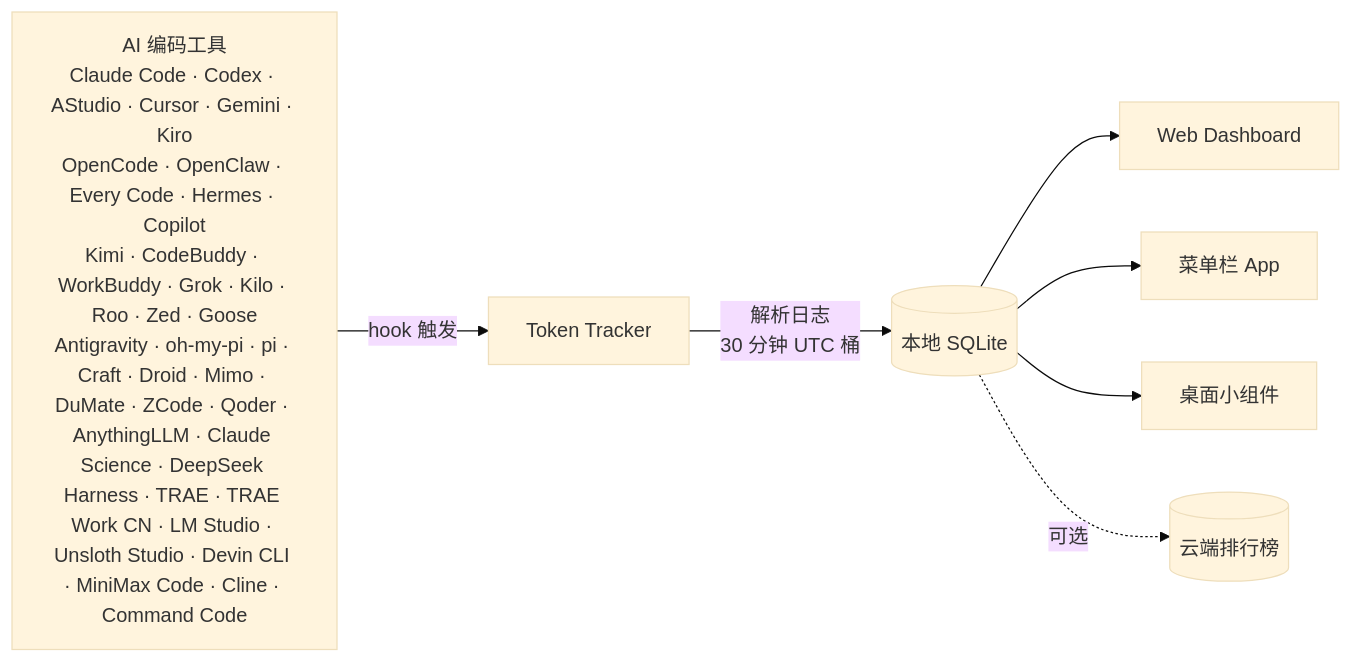
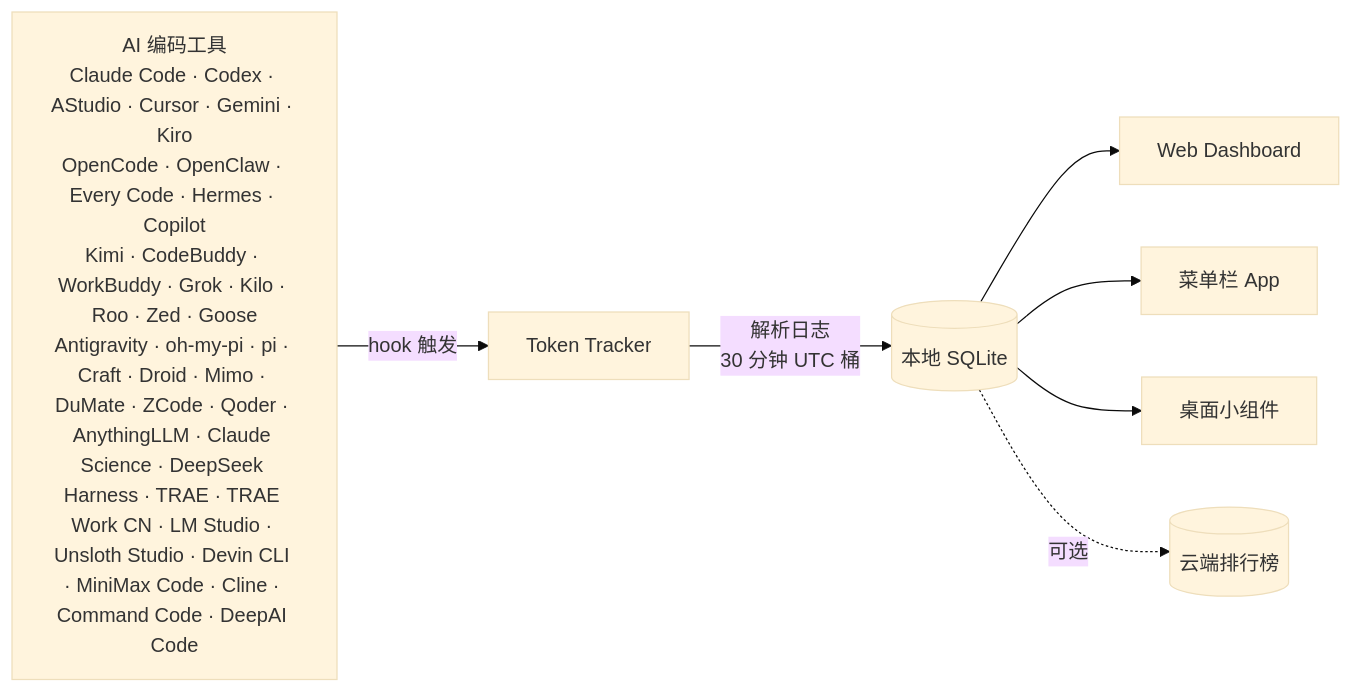
One commit to xiufengsun/TokenTracker changed the diagram in README.zh-CN.md. Above: the diagram before and after it, drawn with Mermaid (base theme). The commit also changed other lines of this file and 14 other files, not shown here.

````diff
--- a/README.zh-CN.md
+++ b/README.zh-CN.md
@@ -253,10 +254,10 @@
 ```mermaid
 flowchart LR
-    A["AI 编码工具<br/>Claude Code · Codex · AStudio · Cursor · Gemini · Kiro<br/>OpenCode · OpenClaw · Every Code · Hermes · Copilot<br/>Kimi · CodeBuddy · WorkBuddy · Grok · Kilo · Roo · Zed · Goose<br/>Antigravity · oh-my-pi · pi · Craft · Droid · Mimo · DuMate · ZCode · Qoder · AnythingLLM · Claude Science · DeepSeek Harness · TRAE · TRAE Work CN · LM Studio · Unsloth Studio · Devin CLI · MiniMax Code · Cline · Command Code"]
+    A["AI 编码工具<br/>Claude Code · Codex · AStudio · Cursor · Gemini · Kiro<br/>OpenCode · OpenClaw · Every Code · Hermes · Copilot<br/>Kimi · CodeBuddy · WorkBuddy · Grok · Kilo · Roo · Zed · Goose<br/>Antigravity · oh-my-pi · pi · Craft · Droid · Mimo · DuMate · ZCode · Qoder · AnythingLLM · Claude Science · DeepSeek Harness · TRAE · TRAE Work CN · LM Studio · Unsloth Studio · Devin CLI · MiniMax Code · Cline · Command Code · DeepAI Code"]
     A -->|hook 触发| B[Token Tracker]
     B -->|解析日志<br/>30 分钟 UTC 桶| C[(本地 SQLite)]
     C --> D[Web Dashboard]
     C --> E[菜单栏 App]
     C --> F[桌面小组件]
     C -.->|可选| G[(云端排行榜)]
 ```
````
